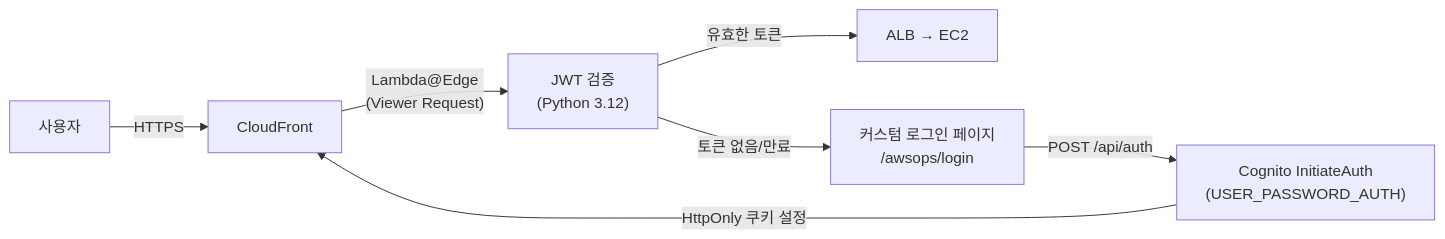
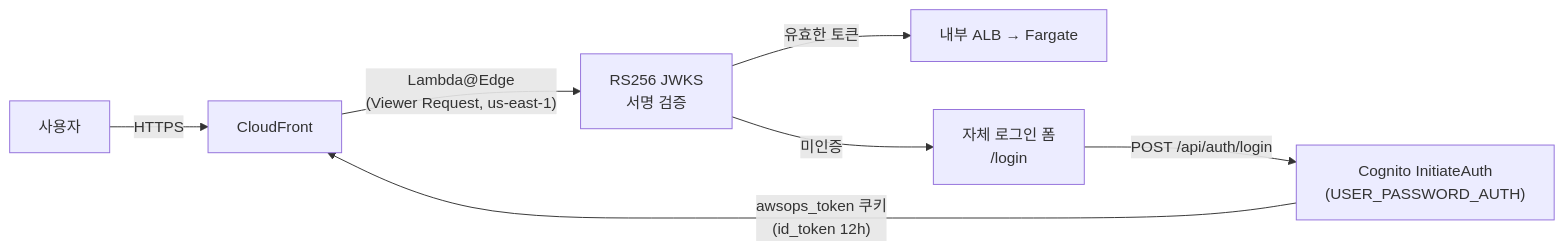
Before and after one commit to Atom-oh/awsops: the fourth of 4 diagrams in docs-site/docs/faq/architecture.md, drawn with Mermaid. The commit also changed other lines of this file and 14 other files, not shown here.

````diff
--- a/docs-site/docs/faq/architecture.md
+++ b/docs-site/docs/faq/architecture.md
@@ -874,10 +155,9 @@
 ```mermaid
 flowchart LR
   USER["사용자"] -->|"HTTPS"| CF["CloudFront"]
-  CF -->|"Lambda@Edge<br/>(Viewer Request)"| EDGE["JWT 검증<br/>(Python 3.12)"]
-
-  EDGE -->|"유효한 토큰"| ALB["ALB → EC2"]
-  EDGE -->|"토큰 없음/만료"| LOGIN["커스텀 로그인 페이지<br/>/awsops/login"]
-  LOGIN -->|"POST /api/auth"| AUTH["Cognito InitiateAuth<br/>(USER_PASSWORD_AUTH)"]
-  AUTH -->|"HttpOnly 쿠키 설정"| CF
+  CF -->|"Lambda@Edge<br/>(Viewer Request, us-east-1)"| EDGE["RS256 JWKS<br/>서명 검증"]
+  EDGE -->|"유효한 토큰"| ALB["내부 ALB → Fargate"]
+  EDGE -->|"미인증"| LOGIN["자체 로그인 폼<br/>/login"]
+  LOGIN -->|"POST /api/auth/login"| AUTH["Cognito InitiateAuth<br/>(USER_PASSWORD_AUTH)"]
+  AUTH -->|"awsops_token 쿠키<br/>(id_token 12h)"| CF
 ```
````
